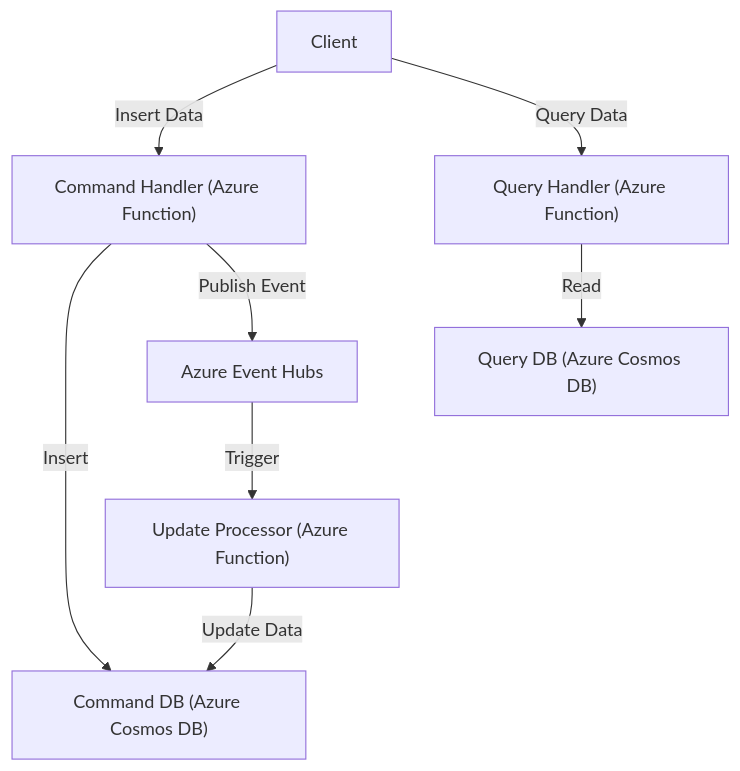
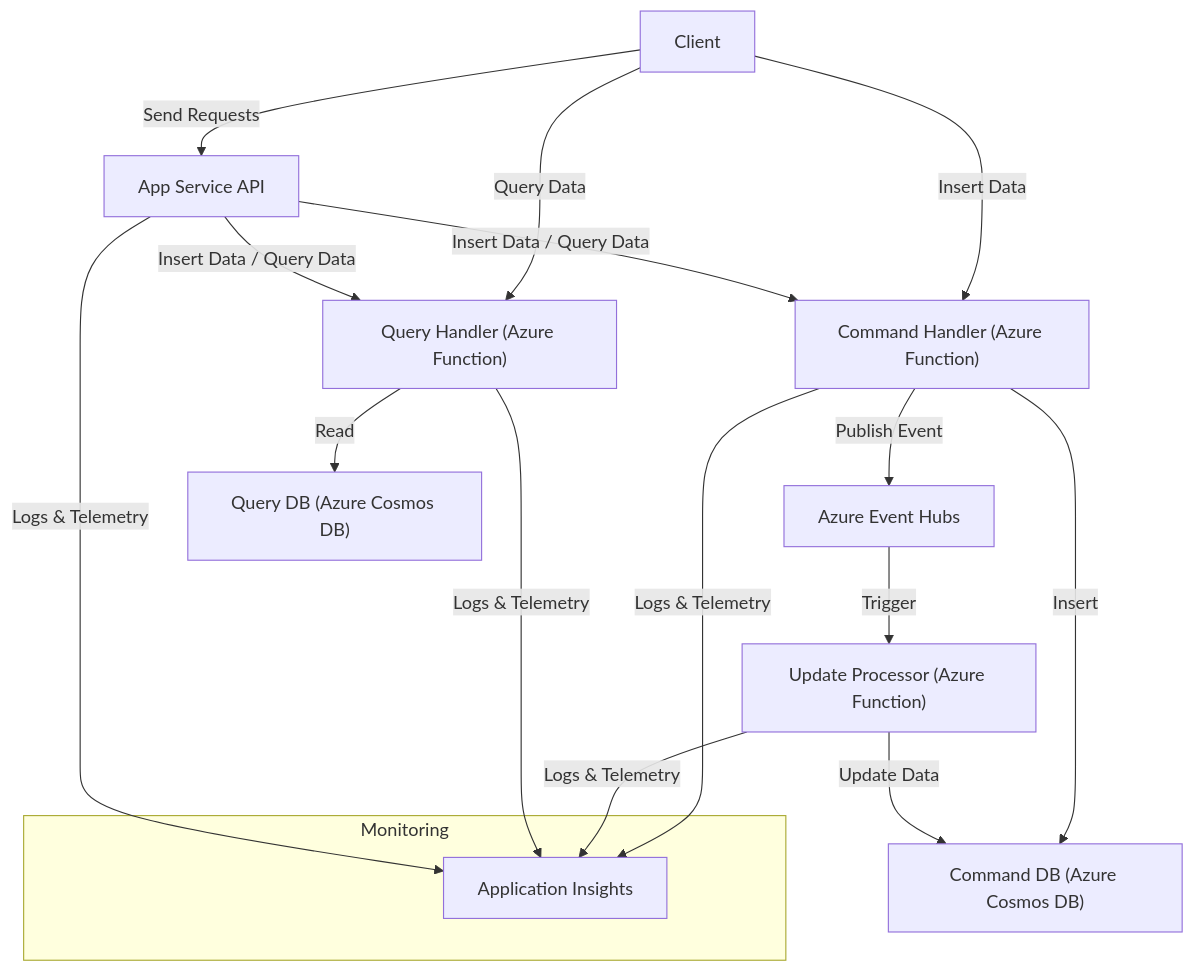
The diagram in README.md (error505/CQRS-Pattern-Azure), drawn with Mermaid before and after one commit. The commit also changed other lines of this file and 1 other file, not shown here.

Commit message:
Updating readme and the bicep template with Application insights

````diff
--- a/README.md
+++ b/README.md
@@ -18,10 +18,22 @@
 ```mermaid
 graph TD
     Client["Client"] -->|Insert Data| CommandHandler["Command Handler (Azure Function)"]
     CommandHandler -->|Insert| CommandDB["Command DB (Azure Cosmos DB)"]
     CommandHandler -->|Publish Event| EventHub["Azure Event Hubs"]
     EventHub -->|Trigger| UpdateProcessor["Update Processor (Azure Function)"]
     UpdateProcessor -->|Update Data| CommandDB
     Client -->|Query Data| QueryHandler["Query Handler (Azure Function)"]
     QueryHandler -->|Read| QueryDB["Query DB (Azure Cosmos DB)"]
+
+    subgraph Monitoring
+        AppInsights["Application Insights"]
+    end
+
+    CommandHandler -->|Logs & Telemetry| AppInsights
+    UpdateProcessor -->|Logs & Telemetry| AppInsights
+    QueryHandler -->|Logs & Telemetry| AppInsights
+    apiAppService["App Service API"] -->|Logs & Telemetry| AppInsights
+    Client -->|Send Requests| apiAppService
+    apiAppService -->|Insert Data / Query Data| CommandHandler
+    apiAppService -->|Insert Data / Query Data| QueryHandler
 ```
````
